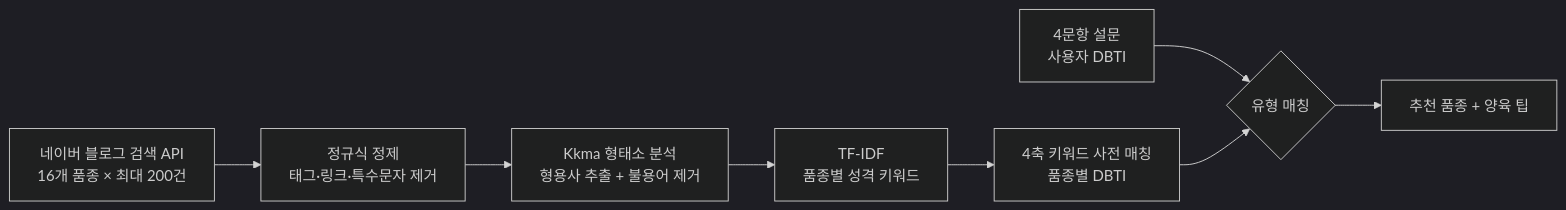
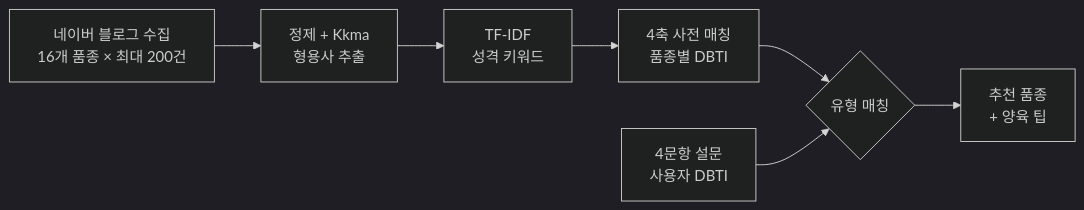
The diagram in README.md (khwee2000/dog-recommendation-systems), drawn with Mermaid (dark theme) before and after one commit.

Commit message:
Compact README pipeline diagram

````diff
--- a/README.md
+++ b/README.md
@@ -49,10 +49,9 @@
 ```mermaid
 flowchart LR
-    A["네이버 블로그 검색 API<br/>16개 품종 × 최대 200건"] --> B["정규식 정제<br/>태그·링크·특수문자 제거"]
-    B --> C["Kkma 형태소 분석<br/>형용사 추출 + 불용어 제거"]
-    C --> D["TF-IDF<br/>품종별 성격 키워드"]
-    D --> E["4축 키워드 사전 매칭<br/>품종별 DBTI"]
-    Q["4문항 설문<br/>사용자 DBTI"] --> R{"유형 매칭"}
-    E --> R
-    R --> S["추천 품종 + 양육 팁"]
+    A["네이버 블로그 수집<br/>16개 품종 × 최대 200건"] --> B["정제 + Kkma<br/>형용사 추출"]
+    B --> C["TF-IDF<br/>성격 키워드"]
+    C --> D["4축 사전 매칭<br/>품종별 DBTI"]
+    D --> R{"유형 매칭"}
+    Q["4문항 설문<br/>사용자 DBTI"] --> R
+    R --> S["추천 품종<br/>+ 양육 팁"]
 ```
````
